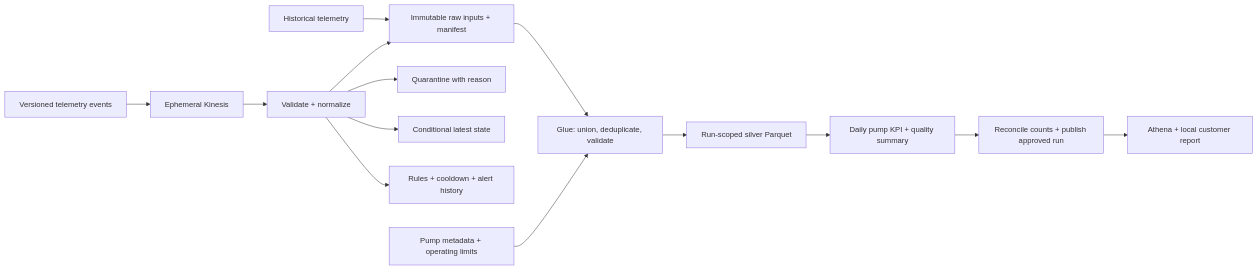
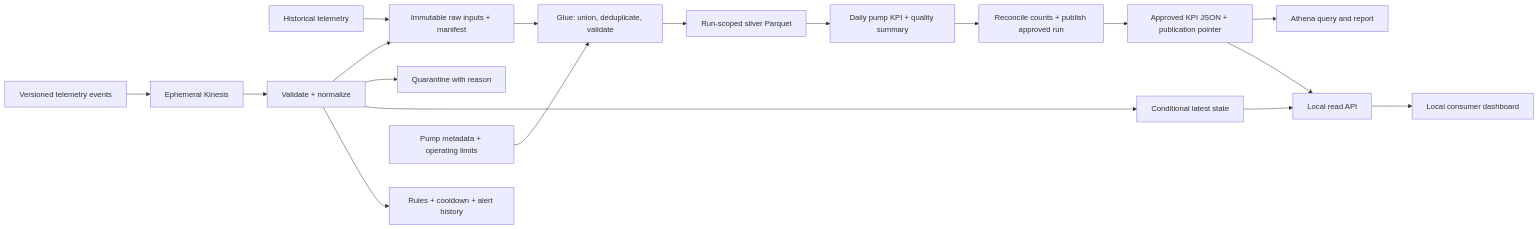
The second of 3 diagrams in docs/02-ARCHITECTURE.md (xuanquangIT/aws-oilfield-esp), drawn with Mermaid before and after one commit. The commit also changed other lines of this file and 45 other files, not shown here.

````diff
--- a/docs/02-ARCHITECTURE.md
+++ b/docs/02-ARCHITECTURE.md
@@ -34,16 +34,20 @@
 ```mermaid
 flowchart LR
     CSV[Historical telemetry] --> RAW[Immutable raw inputs + manifest]
     SIM[Versioned telemetry events] --> KS[Ephemeral Kinesis]
     KS --> V[Validate + normalize]
     V --> RAW
     V --> Q[Quarantine with reason]
     V --> STATE[Conditional latest state]
     V --> ALERT[Rules + cooldown + alert history]
     RAW --> ETL[Glue: union, deduplicate, validate]
     META[Pump metadata + operating limits] --> ETL
     ETL --> SILVER[Run-scoped silver Parquet]
     SILVER --> GOLD[Daily pump KPI + quality summary]
     GOLD --> CHECK[Reconcile counts + publish approved run]
-    CHECK --> SQL[Athena + local customer report]
+    CHECK --> PUB[Approved KPI JSON + publication pointer]
+    PUB --> SQL[Athena query and report]
+    STATE --> API[Local read API]
+    PUB --> API
+    API --> UI[Local consumer dashboard]
 ```
````
